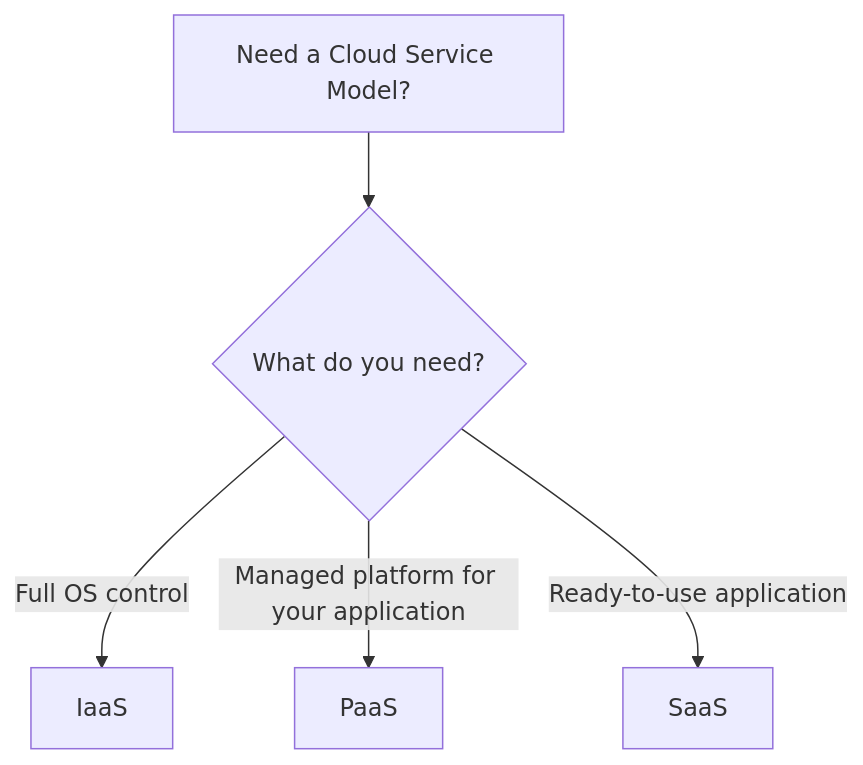
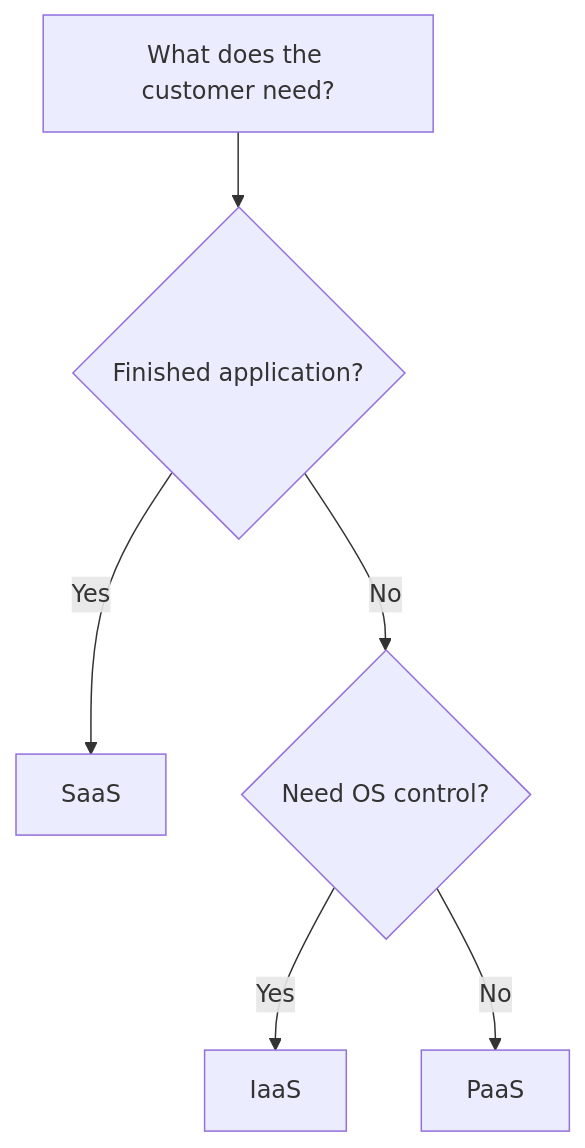
One commit to zhyordanova/azure-fundamentals-handbook changed diagram 12 of 14 in exam/concept-map/concept-map.md. Above: the diagram before and after it, drawn with Mermaid. The commit also changed other lines of this file and 1 other file, not shown here.

````diff
--- a/exam/concept-map/concept-map.md
+++ b/exam/concept-map/concept-map.md
@@ -379,11 +394,8 @@
 ```mermaid
 flowchart TD
-
-    A["Need a Cloud Service Model?"] --> B{"What do you need?"}
-
-    B -->|Full OS control| IAAS["IaaS"]
-
-    B -->|Managed platform for your application| PAAS["PaaS"]
-
-    B -->|Ready-to-use application| SAAS["SaaS"]
+    A["What does the customer need?"] --> B{"Finished application?"}
+    B -->|Yes| SAAS["SaaS"]
+    B -->|No| C{"Need OS control?"}
+    C -->|Yes| IAAS["IaaS"]
+    C -->|No| PAAS["PaaS"]
 ```
````
